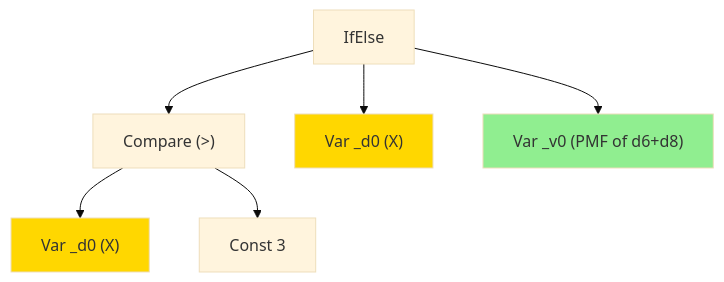
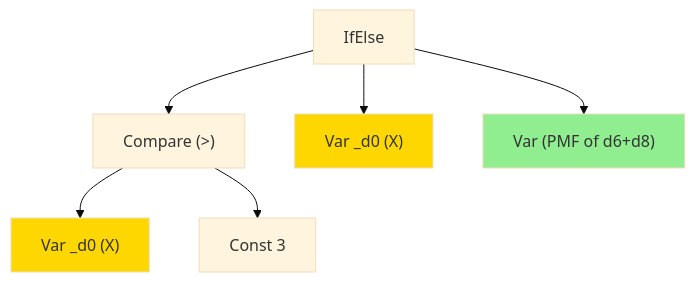
Before and after one commit to BertilBraun/Dice-Probabilities: the fifth of 5 diagrams in README.md, drawn with Mermaid (base theme). The commit also changed other lines of this file, not shown here.

````diff
--- a/README.md
+++ b/README.md
@@ -181,12 +181,12 @@
 ```mermaid
 graph TD
     IfElse --> cond["Compare (&gt;)"]
     IfElse --> then_var["Var _d0  (X)"]
-    IfElse --> v0["Var _v0  (PMF of d6+d8)"]
+    IfElse --> v0["Var (PMF of d6+d8)"]
     cond --> d0_cond["Var _d0  (X)"]
     cond --> c3["Const 3"]
 
     style then_var fill:#ffd700
     style d0_cond fill:#ffd700
     style v0 fill:#90ee90
 ```
````
